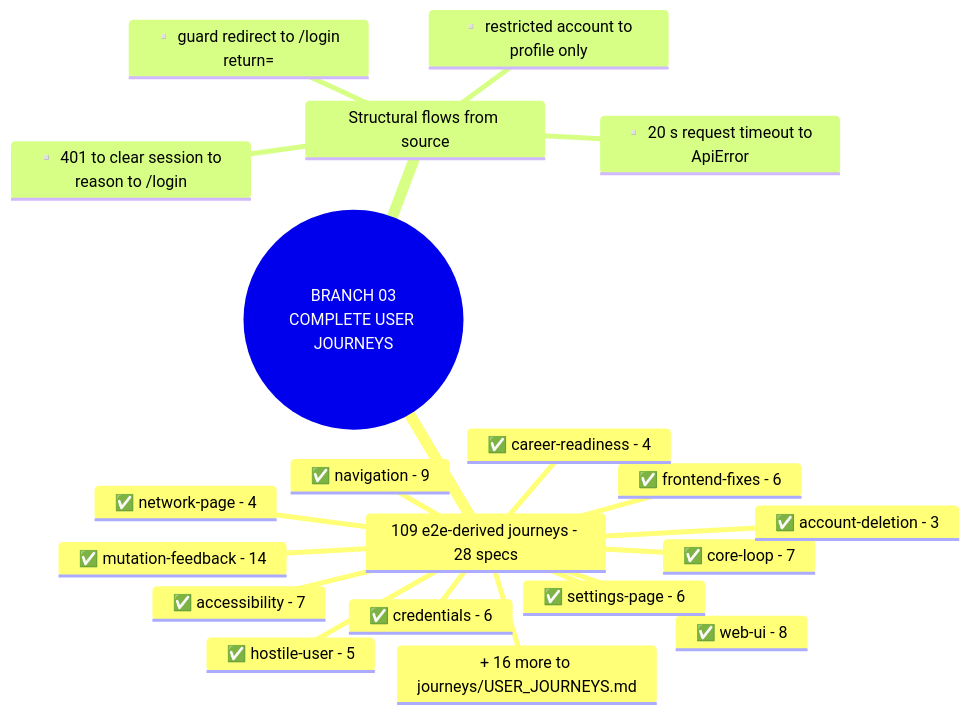
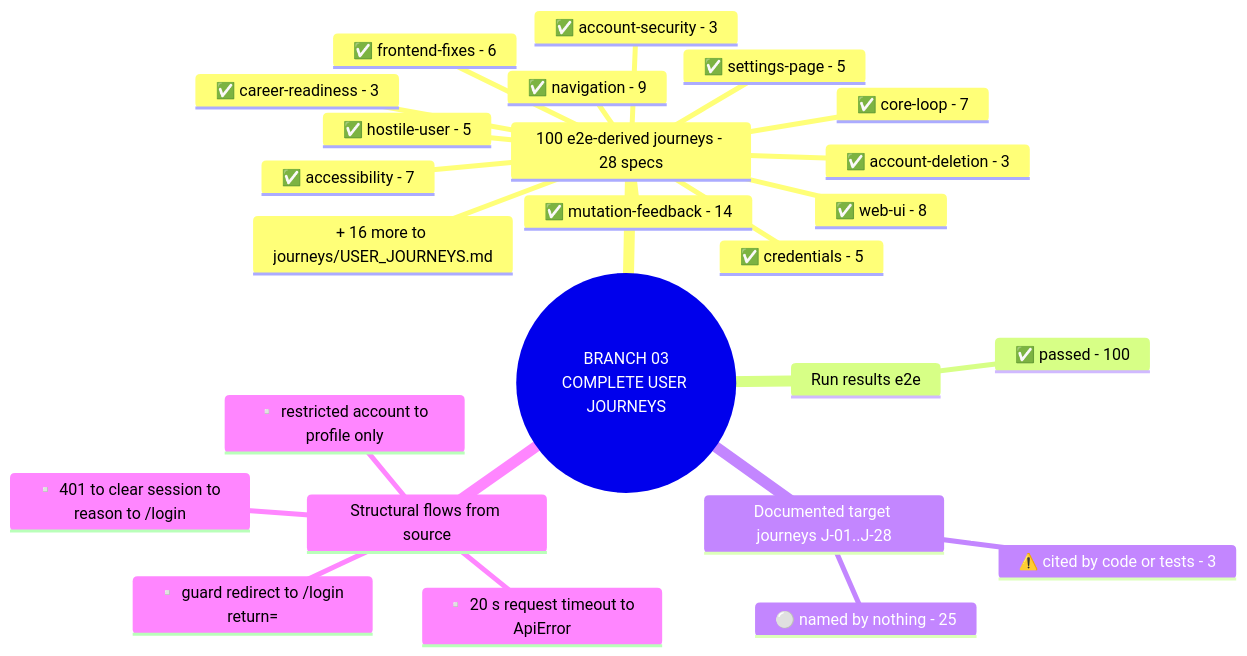
One commit to yhsomani/talentsphere-complete changed the fifth of 22 diagrams in project-mindmap/master/MASTER_PROJECT_DIAGRAMS.md. Above: the diagram before and after it, drawn with Mermaid. The commit also changed other lines of this file and 29 other files, not shown here.

First line of the commit message:
docs: execution-backed project mind map, stable IDs and docs-vs-code reconciliation

````diff
--- a/project-mindmap/master/MASTER_PROJECT_DIAGRAMS.md
+++ b/project-mindmap/master/MASTER_PROJECT_DIAGRAMS.md
@@ -166,23 +166,28 @@
 ```mermaid
 mindmap
   root(("BRANCH 03<br/>COMPLETE USER JOURNEYS"))
-    109 e2e-derived journeys - 28 specs
+    100 e2e-derived journeys - 28 specs
       ✅ mutation-feedback - 14
       ✅ navigation - 9
       ✅ web-ui - 8
       ✅ accessibility - 7
       ✅ core-loop - 7
-      ✅ credentials - 6
       ✅ frontend-fixes - 6
-      ✅ settings-page - 6
+      ✅ credentials - 5
       ✅ hostile-user - 5
-      ✅ career-readiness - 4
-      ✅ network-page - 4
+      ✅ settings-page - 5
       ✅ account-deletion - 3
+      ✅ account-security - 3
+      ✅ career-readiness - 3
       + 16 more to journeys/USER_JOURNEYS.md
+    Run results e2e
+      ✅ passed - 100
+    Documented target journeys J-01..J-28
+      ⚠️ cited by code or tests - 3
+      ⚪ named by nothing - 25
     Structural flows from source
       ▫️ guard redirect to /login return=
       ▫️ 401 to clear session to reason to /login
       ▫️ restricted account to profile only
       ▫️ 20 s request timeout to ApiError
 ```
````
